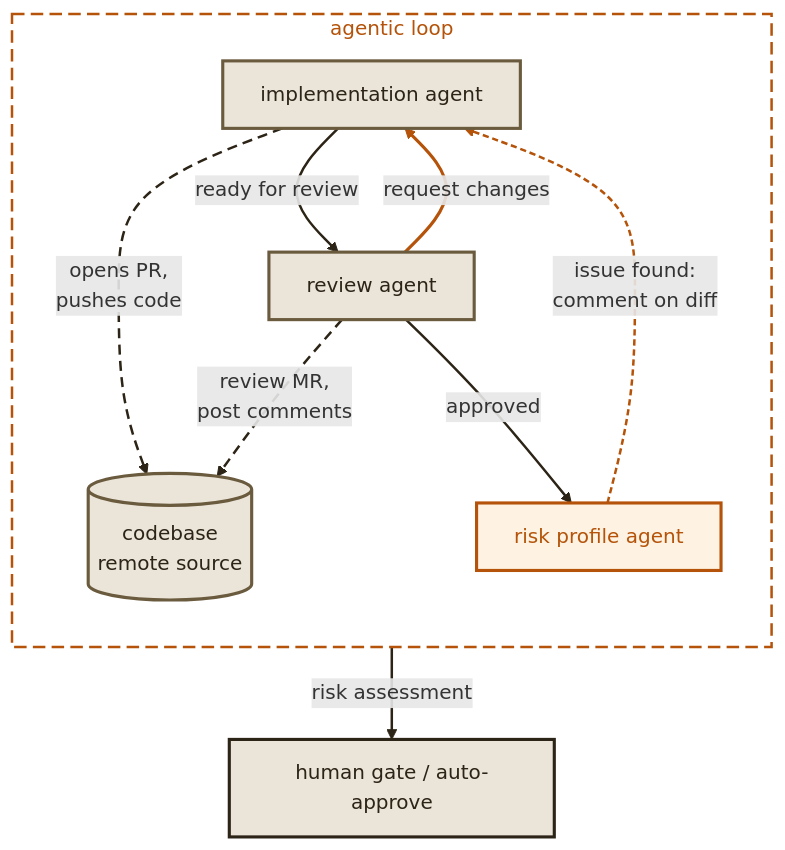
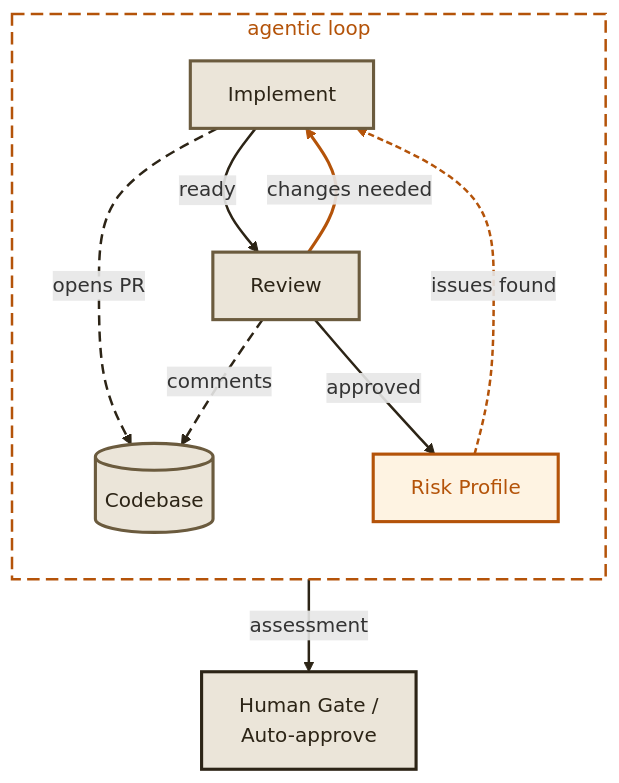
The third of 5 diagrams in docs/docs/concepts/index.mdx (dunkinfrunkin/maestro), drawn with Mermaid before and after one commit. The commit also changed other lines of this file and 5 other files, not shown here.

First line of the commit message:
docs: fix diagram text cutoff + add click-to-zoom modal

````diff
--- a/docs/docs/concepts/index.mdx
+++ b/docs/docs/concepts/index.mdx
@@ -64,29 +64,29 @@
 ```mermaid
 graph TB
   subgraph LOOP ["agentic loop"]
     direction TB
-    IA["implementation agent"] -- "opens PR,<br/>pushes code" --> CB[("codebase<br/>remote source")]
-    IA -- "ready for review" --> RA["review agent"]
-    RA -- "request changes" --> IA
-    RA -. "review MR,<br/>post comments" .-> CB
-    RA -- "approved" --> RP["risk profile agent"]
-    RP -. "issue found:<br/>comment on diff" .-> IA
+    IA["Implement"] -- "opens PR" --> CB[("Codebase")]
+    IA -- "ready" --> RA["Review"]
+    RA -- "changes needed" --> IA
+    RA -. "comments" .-> CB
+    RA -- "approved" --> RP["Risk Profile"]
+    RP -. "issues found" .-> IA
   end
 
-  RP -- "risk assessment" --> OUT["human gate / auto-approve"]
+  RP -- "assessment" --> OUT["Human Gate /<br/>Auto-approve"]
 
   style LOOP fill:none,stroke:#b45309,stroke-width:2px,stroke-dasharray:10 5,color:#b45309
   style IA fill:#ebe5d9,stroke:#6b5b3e,stroke-width:2.5px,color:#2c2416
   style CB fill:#ebe5d9,stroke:#6b5b3e,stroke-width:2.5px,color:#2c2416
   style RA fill:#ebe5d9,stroke:#6b5b3e,stroke-width:2.5px,color:#2c2416
   style RP fill:#fef3e2,stroke:#b45309,stroke-width:2.5px,color:#b45309
   style OUT fill:#ebe5d9,stroke:#2c2416,stroke-width:2.5px,color:#2c2416
 
   linkStyle 0 stroke:#2c2416,stroke-width:2px,stroke-dasharray:8 5
   linkStyle 1 stroke:#2c2416,stroke-width:2px
   linkStyle 2 stroke:#b45309,stroke-width:2.5px
   linkStyle 3 stroke:#2c2416,stroke-width:2px,stroke-dasharray:8 5
   linkStyle 4 stroke:#2c2416,stroke-width:2px
   linkStyle 5 stroke:#b45309,stroke-width:2px,stroke-dasharray:5 3
   linkStyle 6 stroke:#2c2416,stroke-width:2px
 ```
````
